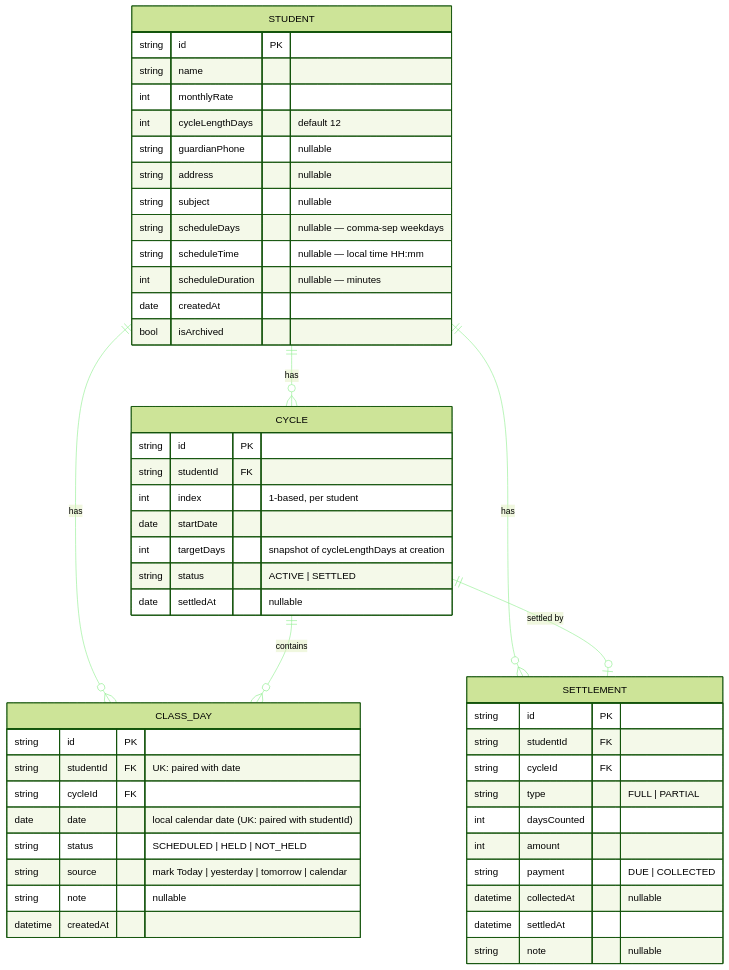
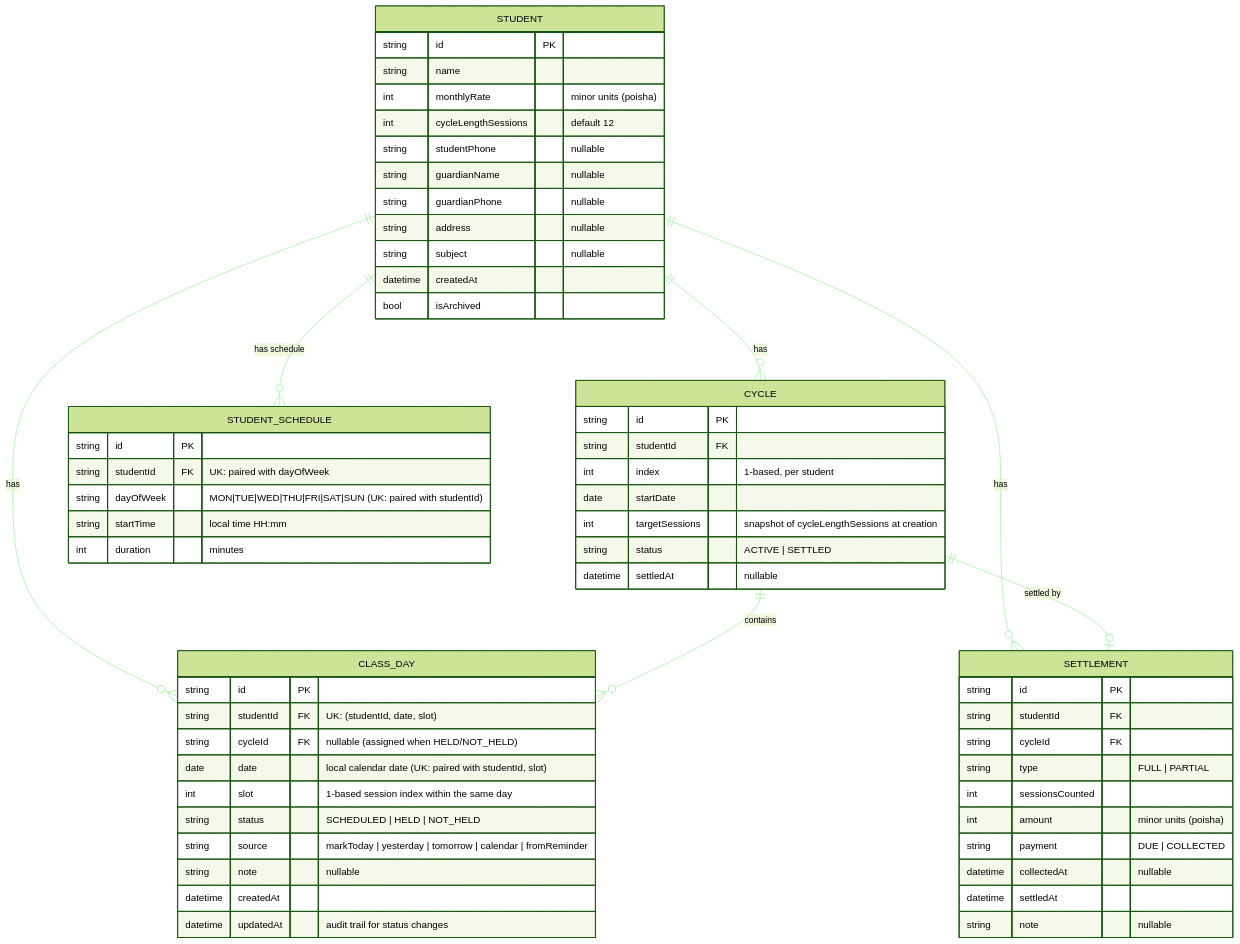
One commit to kernelvectortech/tuition-lord-docs changed the diagram in database/erd.md. Above: the diagram before and after it, drawn with Mermaid. The commit also changed 1 other file, not shown here.

Commit message:
fixed issues with erd and schema

````diff
--- a/database/erd.md
+++ b/database/erd.md
@@ -1,64 +1,74 @@
 ```mermaid
 ---
 config:
   theme: forest
   look: classic
   themeVariables:
     lineColor: "#90EE90"
 ---
 erDiagram
 	STUDENT {
 		string id PK ""  
 		string name  ""  
-		int monthlyRate  ""  
-		int cycleLengthDays  "default 12"  
+		int monthlyRate  "minor units (poisha)"  
+		int cycleLengthSessions  "default 12"  
+		string studentPhone  "nullable"
+		string guardianName  "nullable"
 		string guardianPhone  "nullable" 
 		string address  "nullable"
 		string subject  "nullable" 
-		string scheduleDays  "nullable — comma-sep weekdays"  
-		string scheduleTime  "nullable — local time HH:mm"  
-		int scheduleDuration  "nullable — minutes"  
-		date createdAt  ""  
+		datetime createdAt  ""  
 		bool isArchived  ""  
 	}
 
 	CYCLE {
 		string id PK ""  
 		string studentId FK ""  
 		int index  "1-based, per student"  
 		date startDate  ""  
-		int targetDays  "snapshot of cycleLengthDays at creation"  
+		int targetSessions  "snapshot of cycleLengthSessions at creation"  
 		string status  "ACTIVE | SETTLED"  
-		date settledAt  "nullable"  
+		datetime settledAt  "nullable"  
 	}
 
 	CLASS_DAY {
 		string id PK ""
-		string studentId FK "UK: paired with date"
-		string cycleId FK ""
-		date date  "local calendar date (UK: paired with studentId)"
+		string studentId FK "UK: (studentId, date, slot)"
+		string cycleId FK "nullable (assigned when HELD/NOT_HELD)"
+		date date  "local calendar date (UK: paired with studentId, slot)"
+		int slot  "1-based session index within the same day"
 		string status  "SCHEDULED | HELD | NOT_HELD"
-		string source  "mark Today | yesterday | tomorrow | calendar"
+		string source  "markToday | yesterday | tomorrow | calendar | fromReminder"
 		string note  "nullable"
 		datetime createdAt  ""
+		datetime updatedAt  "audit trail for status changes"
+	}
+
+	STUDENT_SCHEDULE {
+		string id PK ""
+		string studentId FK "UK: paired with dayOfWeek"
+		string dayOfWeek  "MON|TUE|WED|THU|FRI|SAT|SUN (UK: paired with studentId)"
+		string startTime  "local time HH:mm"
+		int duration  "minutes"
 	}
 
 	SETTLEMENT {
 		string id PK ""  
 		string studentId FK ""  
 		string cycleId FK ""  
 		string type  "FULL | PARTIAL"  
-		int daysCounted  ""  
-		int amount  ""  
+		int sessionsCounted  ""  
+		int amount  "minor units (poisha)"  
 		string payment  "DUE | COLLECTED"  
 		datetime collectedAt  "nullable"  
 		datetime settledAt  ""  
 		string note  "nullable"  
 	}
 
-	STUDENT||--o{CYCLE:"has"
-	STUDENT||--o{CLASS_DAY:"has"
-	STUDENT||--o{SETTLEMENT:"has"
-	CYCLE||--o{CLASS_DAY:"contains"
-	CYCLE||--o|SETTLEMENT:"settled by"
+	STUDENT ||--o{ CYCLE : "has"
+	STUDENT ||--o{ CLASS_DAY : "has"
+	STUDENT ||--o{ SETTLEMENT : "has"
+	STUDENT ||--o{ STUDENT_SCHEDULE : "has schedule"
+	CYCLE ||--o{ CLASS_DAY : "contains"
+	CYCLE ||--o| SETTLEMENT : "settled by"
 ```
````
